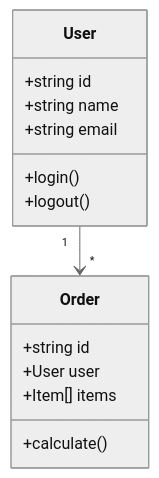
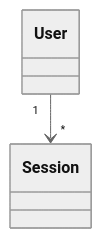
One commit to belinwu/simota-skills changed the fourth of 10 diagrams in canvas/references/diagram-templates.md. Above: the diagram before and after it, drawn with Mermaid (neutral theme). The commit also changed other lines of this file and 13 other files, not shown here.

````diff
--- a/canvas/references/diagram-templates.md
+++ b/canvas/references/diagram-templates.md
@@ -94,17 +60,6 @@
 ```mermaid
 classDiagram
-    class User {
-        +string id
-        +string name
-        +string email
-        +login()
-        +logout()
-    }
-    class Order {
-        +string id
-        +User user
-        +Item[] items
-        +calculate()
-    }
-    User "1" --> "*" Order
+    class User
+    class Session
+    User "1" --> "*" Session
 ```
````
